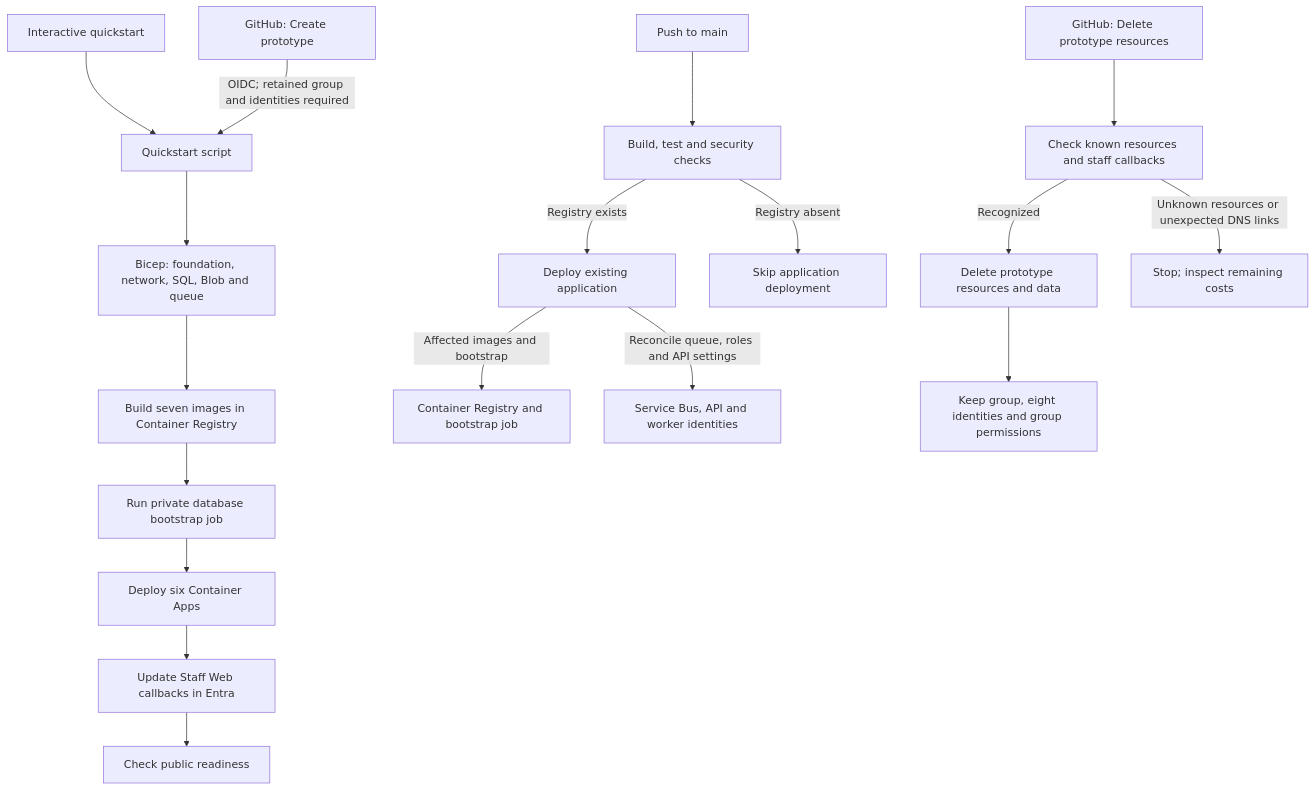
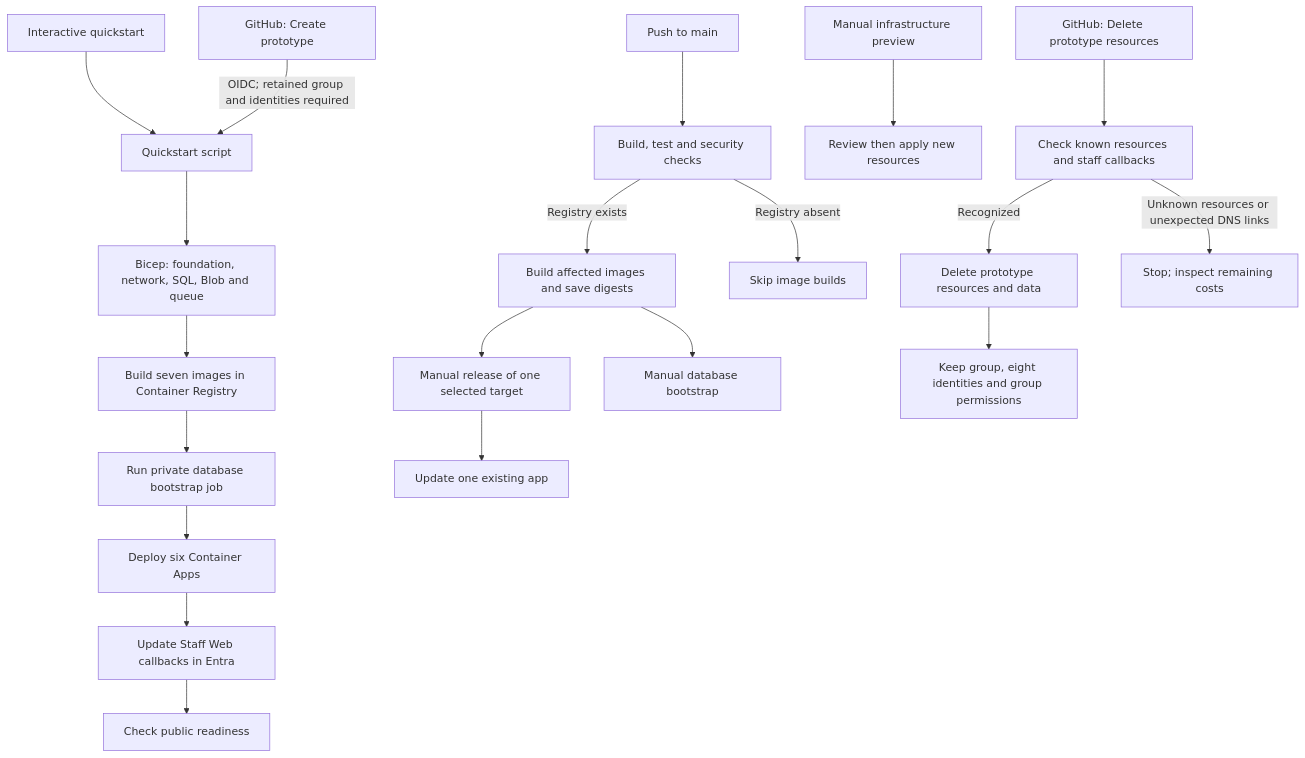
The fourth of 4 diagrams in docs/architecture.md (eyeballpaul/Mortgage-Processing-Application), drawn with Mermaid before and after one commit. The commit also changed other lines of this file and 18 other files, not shown here.

````diff
--- a/docs/architecture.md
+++ b/docs/architecture.md
@@ -252,22 +252,24 @@
 ```mermaid
 flowchart TD
     Manual[Interactive quickstart] --> Script[Quickstart script]
     Create[GitHub: Create prototype] -->|OIDC; retained group and identities required| Script
     Script --> Foundation[Bicep: foundation, network, SQL, Blob and queue]
     Foundation --> Images[Build seven images in Container Registry]
     Images --> Bootstrap[Run private database bootstrap job]
     Bootstrap --> Apps[Deploy six Container Apps]
     Apps --> Callbacks[Update Staff Web callbacks in Entra]
     Callbacks --> Ready[Check public readiness]
 
     Push[Push to main] --> CI[Build, test and security checks]
-    CI -->|Registry exists| Update[Deploy existing application]
-    Update -->|Affected images and bootstrap| Registry[Container Registry and bootstrap job]
-    Update -->|Reconcile queue, roles and API settings| Notifications[Service Bus, API and worker identities]
-    CI -->|Registry absent| Skip[Skip application deployment]
+    CI -->|Registry exists| Images2[Build affected images and save digests]
+    CI -->|Registry absent| Skip[Skip image builds]
+    Preview[Manual infrastructure preview] --> ReviewInfra[Review then apply new resources]
+    Images2 --> Release[Manual release of one selected target]
+    Release --> AppUpdate[Update one existing app]
+    Images2 --> Migration[Manual database bootstrap]
 
     Delete[GitHub: Delete prototype resources] --> Review[Check known resources and staff callbacks]
     Review -->|Recognized| Remove[Delete prototype resources and data]
     Review -->|Unknown resources or unexpected DNS links| Stop[Stop; inspect remaining costs]
     Remove --> Retain[Keep group, eight identities and group permissions]
 ```
````
